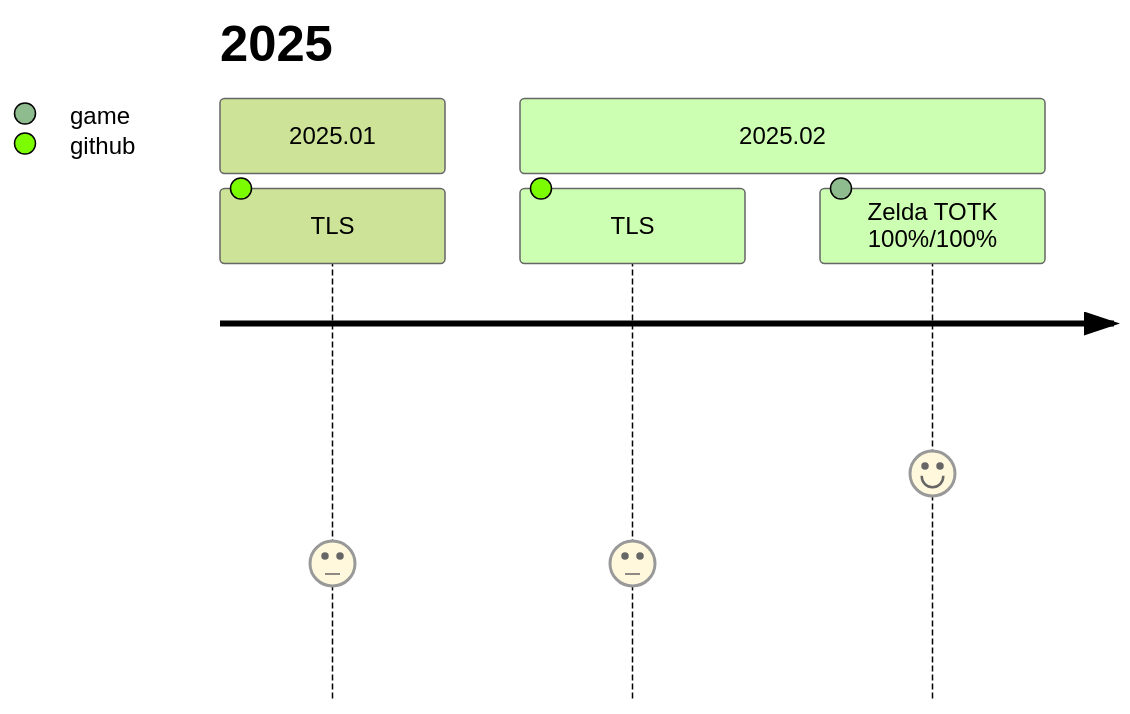
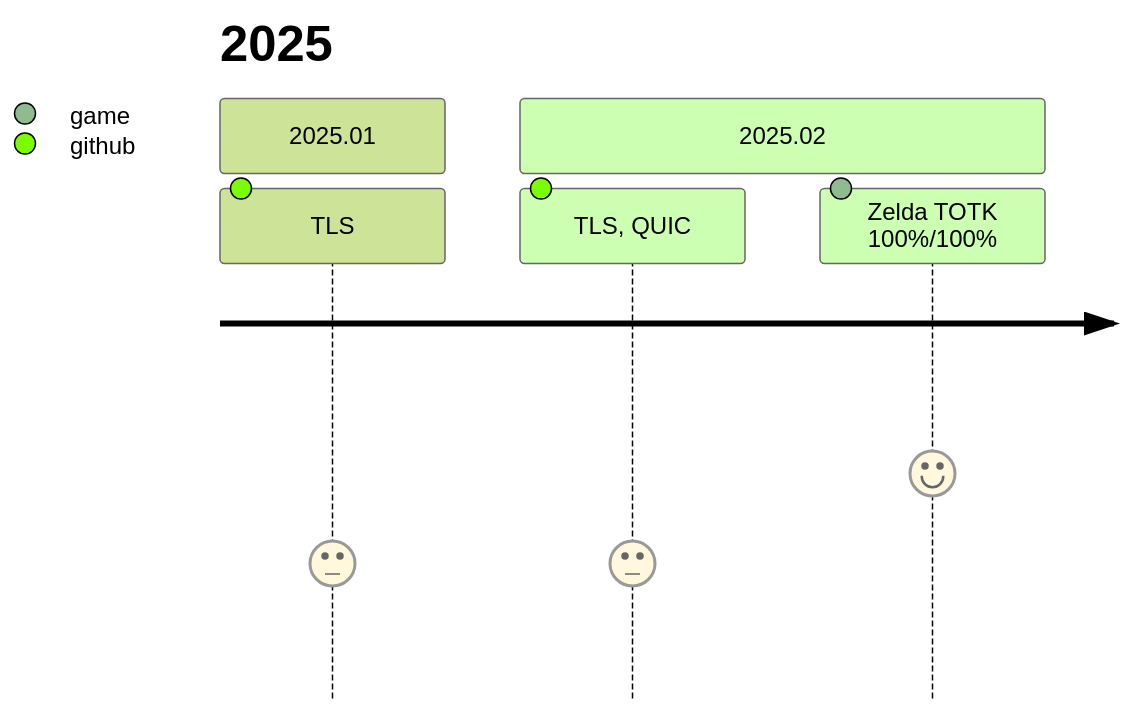
Before and after one commit to princeb612/hotplace: the second of 4 diagrams in DEVNOTES.md, drawn with Mermaid (forest theme). The commit also changed other lines of this file and 42 other files, not shown here.

````diff
--- a/DEVNOTES.md
+++ b/DEVNOTES.md
@@ -245,9 +244,9 @@
 ```mermaid
 journey
   title 2025
   section 2025.01
     TLS:3:github
   section 2025.02
-    TLS:3:github
+    TLS, QUIC:3:github
     Zelda TOTK 100%/100%:5:game
 ```
````
